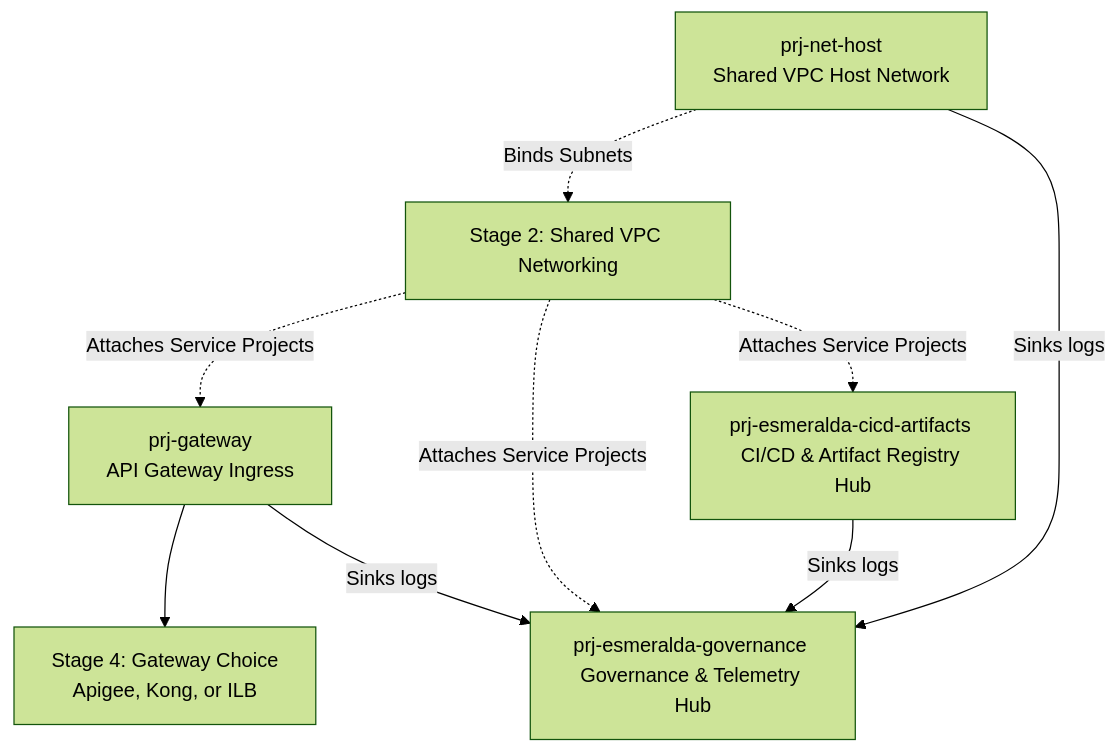
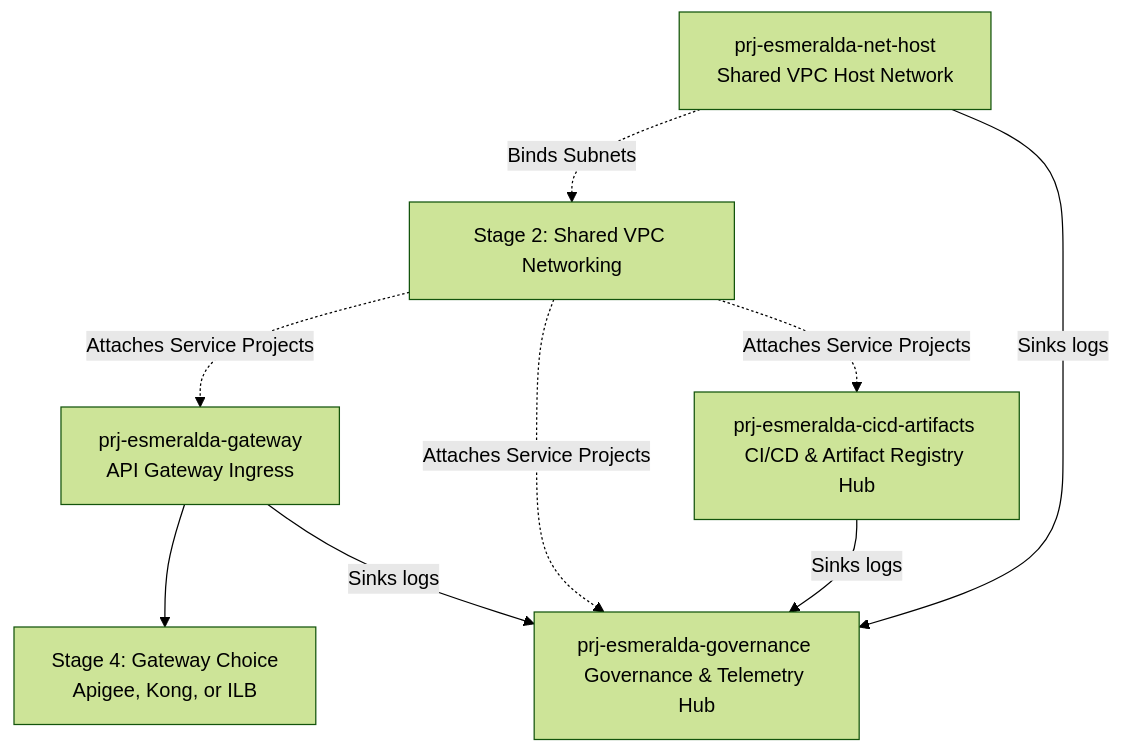
One commit to google/esmeralda changed the first of 3 diagrams in docs/README.md. Above: the diagram before and after it, drawn with Mermaid (forest theme). The commit also changed other lines of this file and 11 other files, not shown here.

First line of the commit message:
Update project names to match project IDs and standardize esmeralda prefix for net-host and gateway projects

````diff
--- a/docs/README.md
+++ b/docs/README.md
@@ -25,18 +25,18 @@
 ```mermaid
 graph TD
     %% Base Projects
-    S1_NetHost[prj-net-host <br/>Shared VPC Host Network] -. Binds Subnets .-> S2_SharedVPC[Stage 2: Shared VPC Networking]
-    S1_Gateway[prj-gateway <br/>API Gateway Ingress] --> S3_Ingress[Stage 4: Gateway Choice <br/>Apigee, Kong, or ILB]
+    S1_NetHost[prj-esmeralda-net-host <br/>Shared VPC Host Network] -. Binds Subnets .-> S2_SharedVPC[Stage 2: Shared VPC Networking]
+    S1_Gateway[prj-esmeralda-gateway <br/>API Gateway Ingress] --> S3_Ingress[Stage 4: Gateway Choice <br/>Apigee, Kong, or ILB]
     S1_CICD[prj-esmeralda-cicd-artifacts <br/>CI/CD & Artifact Registry Hub]
     S1_Gov[prj-esmeralda-governance <br/>Governance & Telemetry Hub]
 
     %% Integrations & Dependencies
     S2_SharedVPC -. Attaches Service Projects .-> S1_Gateway
     S2_SharedVPC -. Attaches Service Projects .-> S1_Gov
     S2_SharedVPC -. Attaches Service Projects .-> S1_CICD
 
     %% Telemetry Sinks & Security CMEK Links
     S1_CICD -- Sinks logs --> S1_Gov
     S1_NetHost -- Sinks logs --> S1_Gov
     S1_Gateway -- Sinks logs --> S1_Gov
 ```
````
